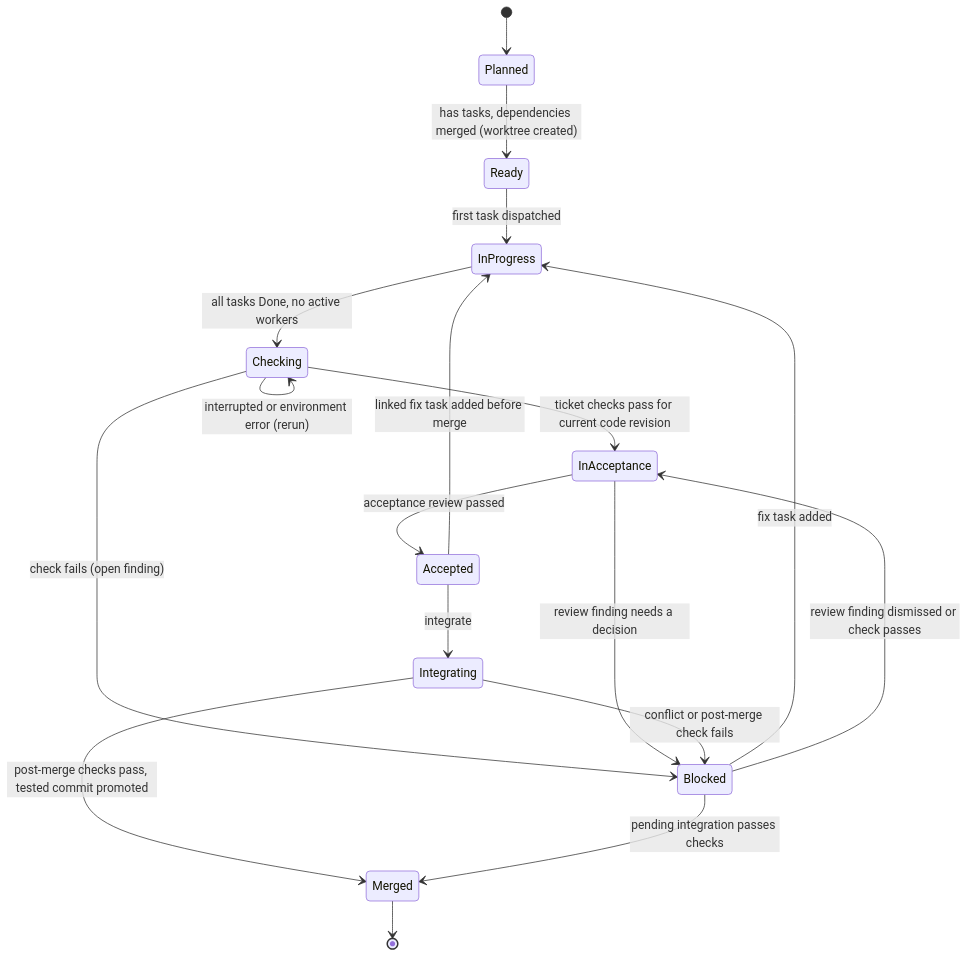
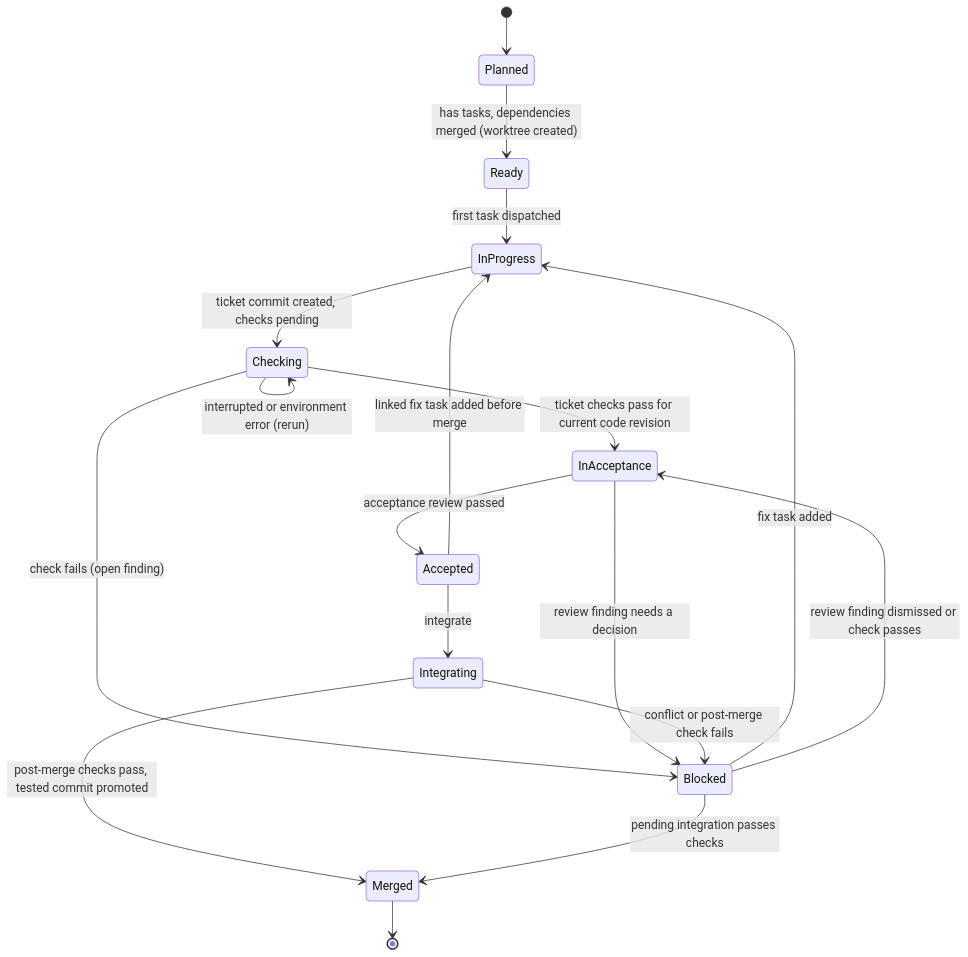
The fifth of 7 diagrams in SDD-WORKFLOWS.md (UseTheFork/spindle), drawn with Mermaid before and after one commit. The commit also changed other lines of this file, not shown here.

Commit message:
feat: clarify ticket commit process and task submission commands

````diff
--- a/SDD-WORKFLOWS.md
+++ b/SDD-WORKFLOWS.md
@@ -281,20 +285,20 @@
 ```mermaid
 stateDiagram-v2
     [*] --> Planned
     Planned --> Ready: has tasks, dependencies merged (worktree created)
     Ready --> InProgress: first task dispatched
-    InProgress --> Checking: all tasks Done, no active workers
+    InProgress --> Checking: ticket commit created, checks pending
     Checking --> InAcceptance: ticket checks pass for current code revision
     Checking --> Blocked: check fails (open finding)
     Checking --> Checking: interrupted or environment error (rerun)
     InAcceptance --> Accepted: acceptance review passed
     InAcceptance --> Blocked: review finding needs a decision
     Accepted --> Integrating: integrate
     Accepted --> InProgress: linked fix task added before merge
     Integrating --> Merged: post-merge checks pass, tested commit promoted
     Integrating --> Blocked: conflict or post-merge check fails
     Blocked --> InProgress: fix task added
     Blocked --> InAcceptance: review finding dismissed or check passes
     Blocked --> Merged: pending integration passes checks
     Merged --> [*]
 ```
````
